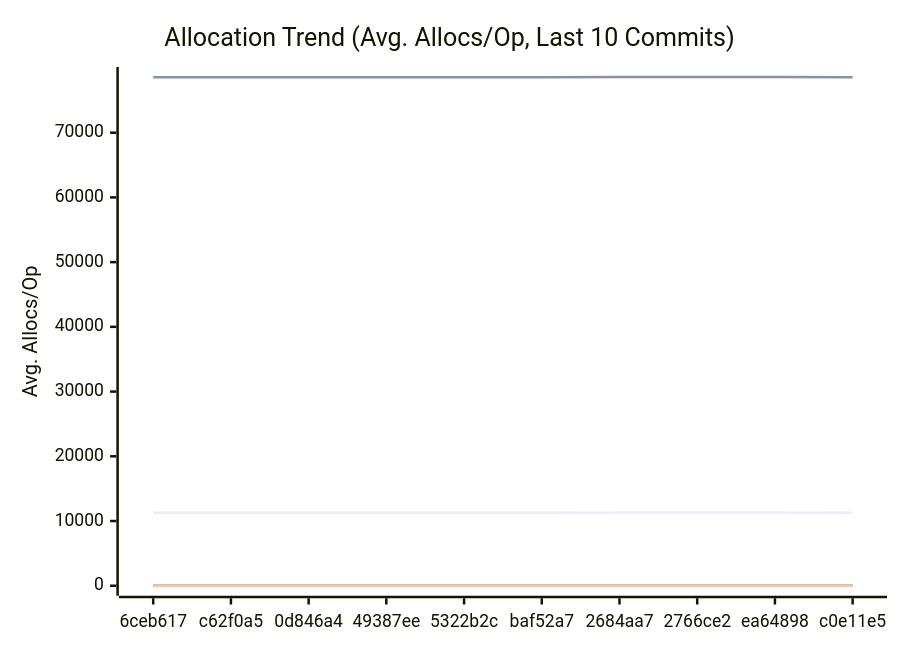
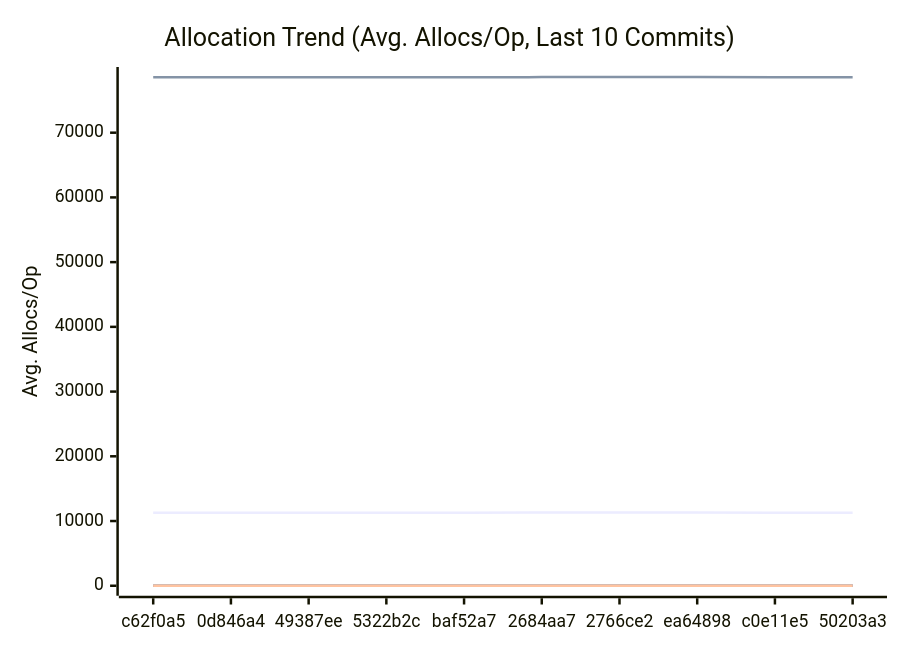
The third of 3 diagrams in docs/PERFORMANCE.md (alsotoes/momo), drawn with Mermaid before and after one commit. The commit also changed other lines of this file and 4 other files, not shown here.

````diff
--- a/docs/PERFORMANCE.md
+++ b/docs/PERFORMANCE.md
@@ -197,20 +197,20 @@
 ```mermaid
 xychart-beta
     title "Allocation Trend (Avg. Allocs/Op, Last 10 Commits)"
     x-axis "Commit"
     y-axis "Avg. Allocs/Op"
-    x-axis [6ceb617,c62f0a5,0d846a4,49387ee,5322b2c,baf52a7,2684aa7,2766ce2,ea64898,c0e11e5]
-    line "AWSChunkedReaderSigned" [11291,11281,11297,11281,11264,11269,11322,11314,11309,11288]
-    line "AWSChunkedReaderUnsigned" [78564,78574,78571,78567,78568,78569,78587,78599,78604,78570]
+    x-axis [c62f0a5,0d846a4,49387ee,5322b2c,baf52a7,2684aa7,2766ce2,ea64898,c0e11e5,50203a3]
+    line "AWSChunkedReaderSigned" [11281,11297,11281,11264,11269,11322,11314,11309,11288,11293]
+    line "AWSChunkedReaderUnsigned" [78574,78571,78567,78568,78569,78587,78599,78604,78570,78569]
     line "CheckMetricsAndSwap" [0,0,0,0,0,0,0,0,0,0]
     line "CrushOptimized" [0,0,0,0,0,0,0,0,0,0]
     line "CrushOriginal" [3,3,3,3,3,3,3,3,3,3]
     line "IndexDirectTracking" [0,0,0,0,0,0,0,0,0,0]
     line "IndexSearch" [0,0,0,0,0,0,0,0,0,0]
     line "LoadGlobalConfig" [54,54,54,54,54,54,54,54,54,54]
     line "PadString" [1,1,1,1,1,1,1,1,1,1]
     line "ParseReplicationOrder_NoPrealloc" [6,6,6,6,6,5,5,5,5,5]
     line "ParseReplicationOrder_Prealloc" [2,2,2,2,2,1,1,1,1,1]
     line "SanitizeLog/Safe" [0,0,0,0,0,0,0,0,0,0]
     line "SanitizeLog/Unsafe" [1,1,1,1,1,1,1,1,1,1]
 ```
````
